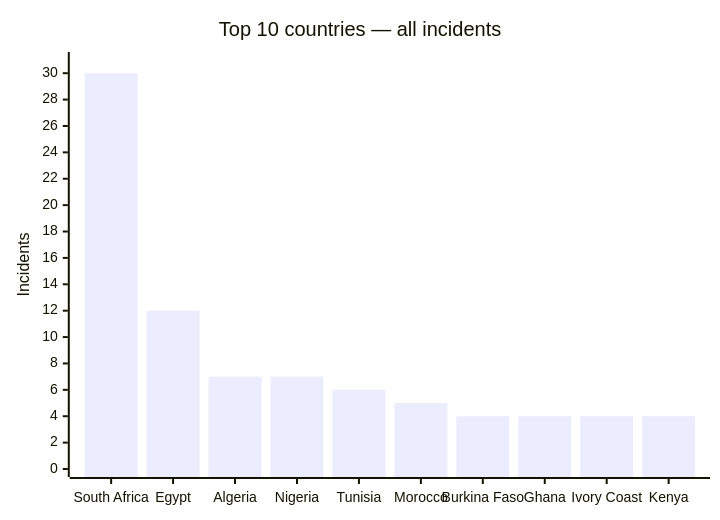
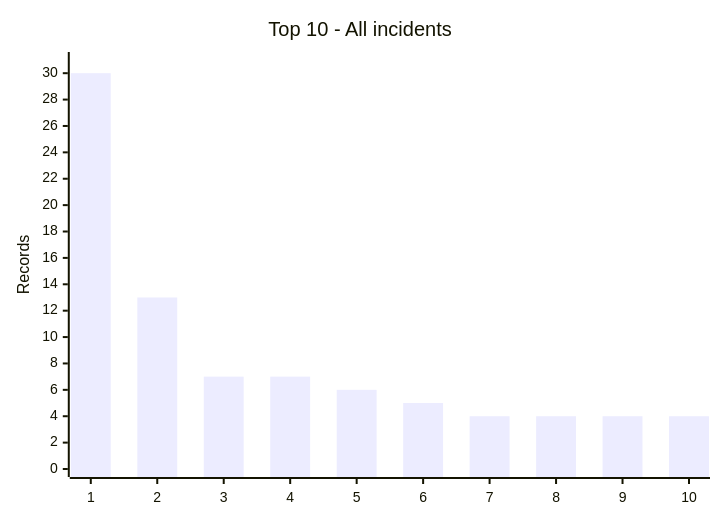
The first of 2 diagrams in CyberAttackAfrica/2024/README.md (Hatchepsoute/AFRINTEL), drawn with Mermaid before and after one commit. The commit also changed other lines of this file and 17 other files, not shown here.

````diff
--- a/CyberAttackAfrica/2024/README.md
+++ b/CyberAttackAfrica/2024/README.md
@@ -243,7 +57,7 @@
 ```mermaid
 xychart-beta
-    title "Top 10 countries — all incidents"
-    x-axis ["South Africa", "Egypt", "Algeria", "Nigeria", "Tunisia", "Morocco", "Burkina Faso", "Ghana", "Ivory Coast", "Kenya"]
-    y-axis "Incidents" 0 --> 31
-    bar [30, 12, 7, 7, 6, 5, 4, 4, 4, 4]
+    title "Top 10 - All incidents"
+    x-axis ["1","2","3","4","5","6","7","8","9","10"]
+    y-axis "Records" 0 --> 31
+    bar [30,13,7,7,6,5,4,4,4,4]
 ```
````
